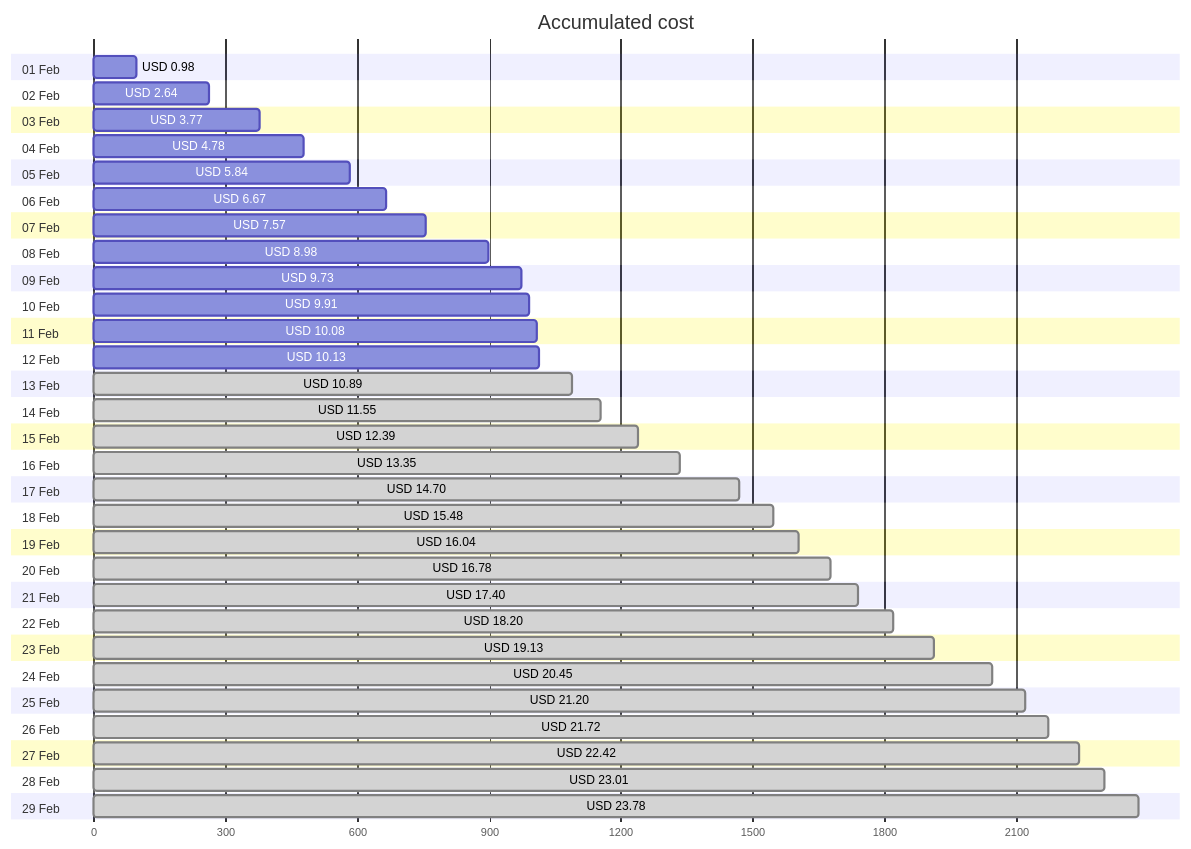
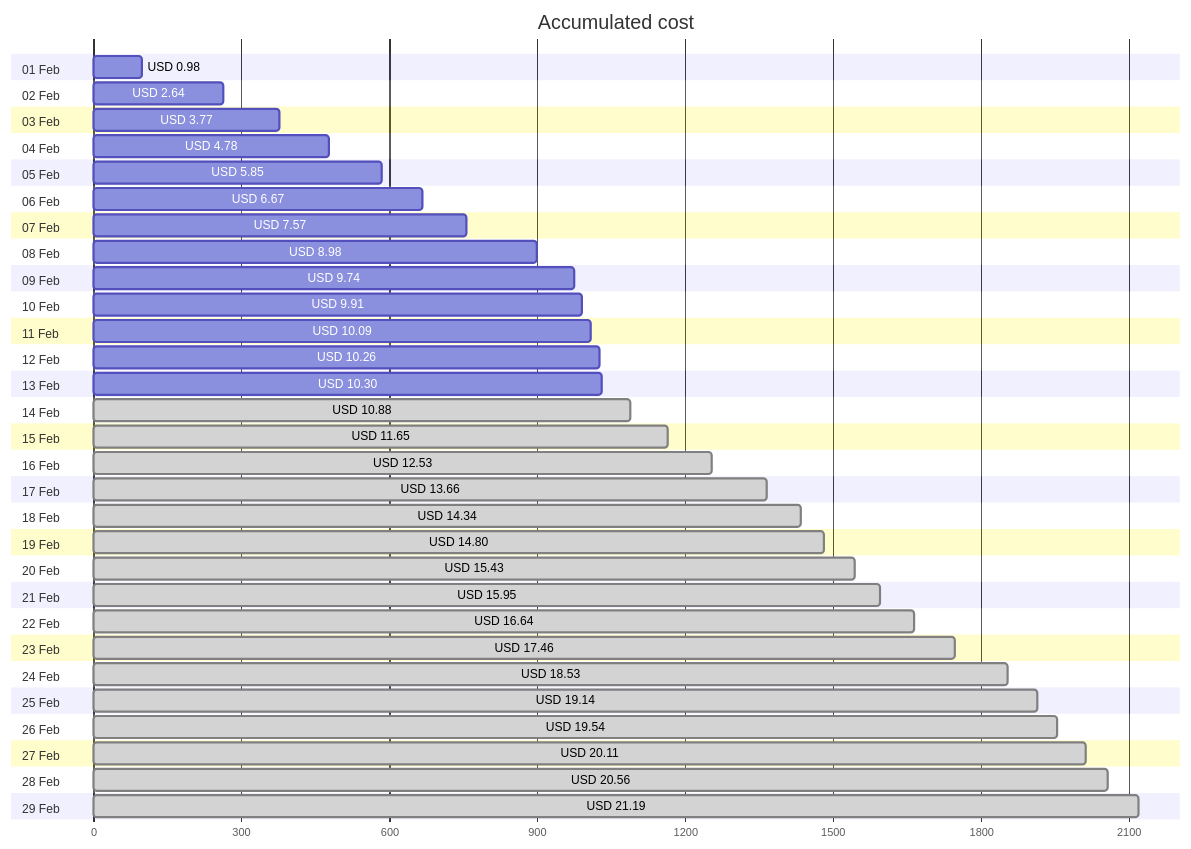
One commit to jpfulton/azure-personal-reports changed the first of 4 diagrams in cost-reports/personal-network/vpn-server.md. Above: the diagram before and after it, drawn with Mermaid. The commit also changed other lines of this file and 8 other files, not shown here.

````diff
--- a/cost-reports/personal-network/vpn-server.md
+++ b/cost-reports/personal-network/vpn-server.md
@@ -20,64 +20,64 @@
 ```mermaid
 gantt
    title Accumulated cost
    dateFormat  X
    axisFormat %s
    section 01 Feb
    USD 0.98 :0, 98
    section 02 Feb
    USD 2.64 :0, 264
    section 03 Feb
    USD 3.77 :0, 377
    section 04 Feb
    USD 4.78 :0, 478
    section 05 Feb
-   USD 5.84 :0, 584
+   USD 5.85 :0, 585
    section 06 Feb
    USD 6.67 :0, 667
    section 07 Feb
    USD 7.57 :0, 757
    section 08 Feb
    USD 8.98 :0, 898
    section 09 Feb
-   USD 9.73 :0, 973
+   USD 9.74 :0, 974
    section 10 Feb
    USD 9.91 :0, 991
    section 11 Feb
-   USD 10.08 :0, 1008
+   USD 10.09 :0, 1009
    section 12 Feb
-   USD 10.13 :0, 1013
+   USD 10.26 :0, 1026
    section 13 Feb
-   USD 10.89 : done, 0, 1089
+   USD 10.30 :0, 1030
    section 14 Feb
-   USD 11.55 : done, 0, 1155
+   USD 10.88 : done, 0, 1088
    section 15 Feb
-   USD 12.39 : done, 0, 1239
+   USD 11.65 : done, 0, 1165
    section 16 Feb
-   USD 13.35 : done, 0, 1335
+   USD 12.53 : done, 0, 1253
    section 17 Feb
-   USD 14.70 : done, 0, 1470
+   USD 13.66 : done, 0, 1366
    section 18 Feb
-   USD 15.48 : done, 0, 1548
+   USD 14.34 : done, 0, 1434
    section 19 Feb
-   USD 16.04 : done, 0, 1604
+   USD 14.80 : done, 0, 1480
    section 20 Feb
-   USD 16.78 : done, 0, 1678
+   USD 15.43 : done, 0, 1543
    section 21 Feb
-   USD 17.40 : done, 0, 1740
+   USD 15.95 : done, 0, 1595
    section 22 Feb
-   USD 18.20 : done, 0, 1820
+   USD 16.64 : done, 0, 1664
    section 23 Feb
-   USD 19.13 : done, 0, 1913
+   USD 17.46 : done, 0, 1746
    section 24 Feb
-   USD 20.45 : done, 0, 2045
+   USD 18.53 : done, 0, 1853
    section 25 Feb
-   USD 21.20 : done, 0, 2120
+   USD 19.14 : done, 0, 1914
    section 26 Feb
-   USD 21.72 : done, 0, 2172
+   USD 19.54 : done, 0, 1954
    section 27 Feb
-   USD 22.42 : done, 0, 2242
+   USD 20.11 : done, 0, 2011
    section 28 Feb
-   USD 23.01 : done, 0, 2301
+   USD 20.56 : done, 0, 2056
    section 29 Feb
-   USD 23.78 : done, 0, 2378
+   USD 21.19 : done, 0, 2119
 ```
````
